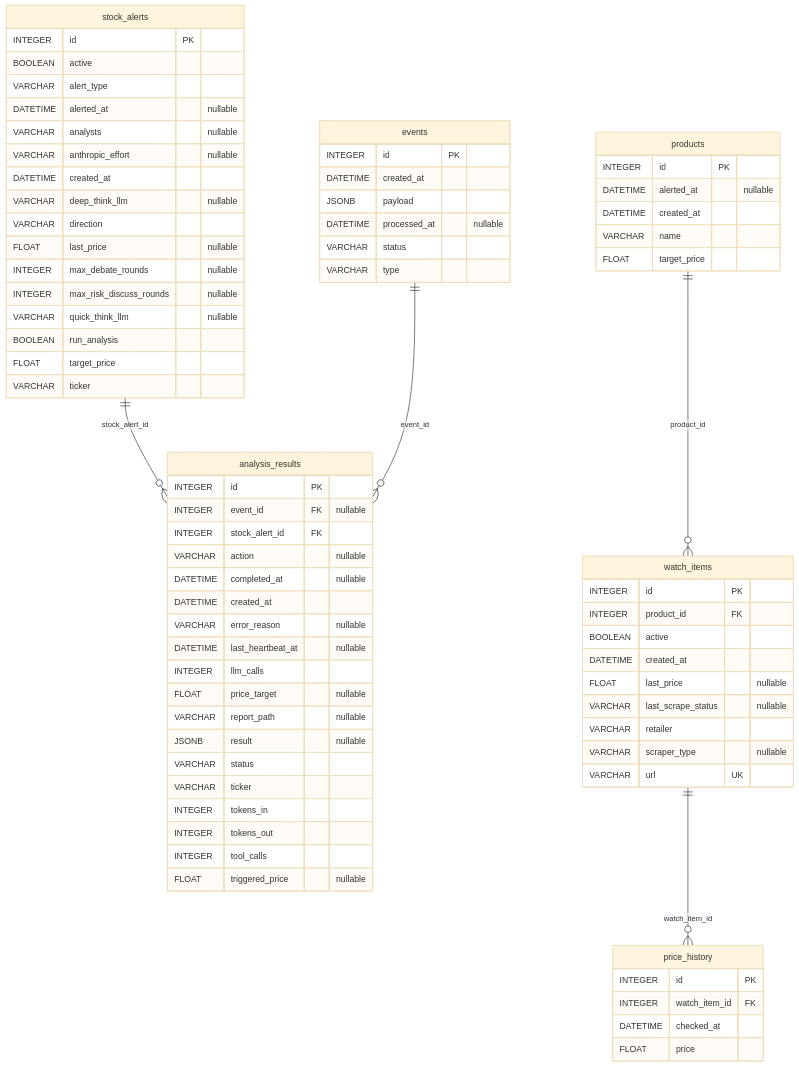
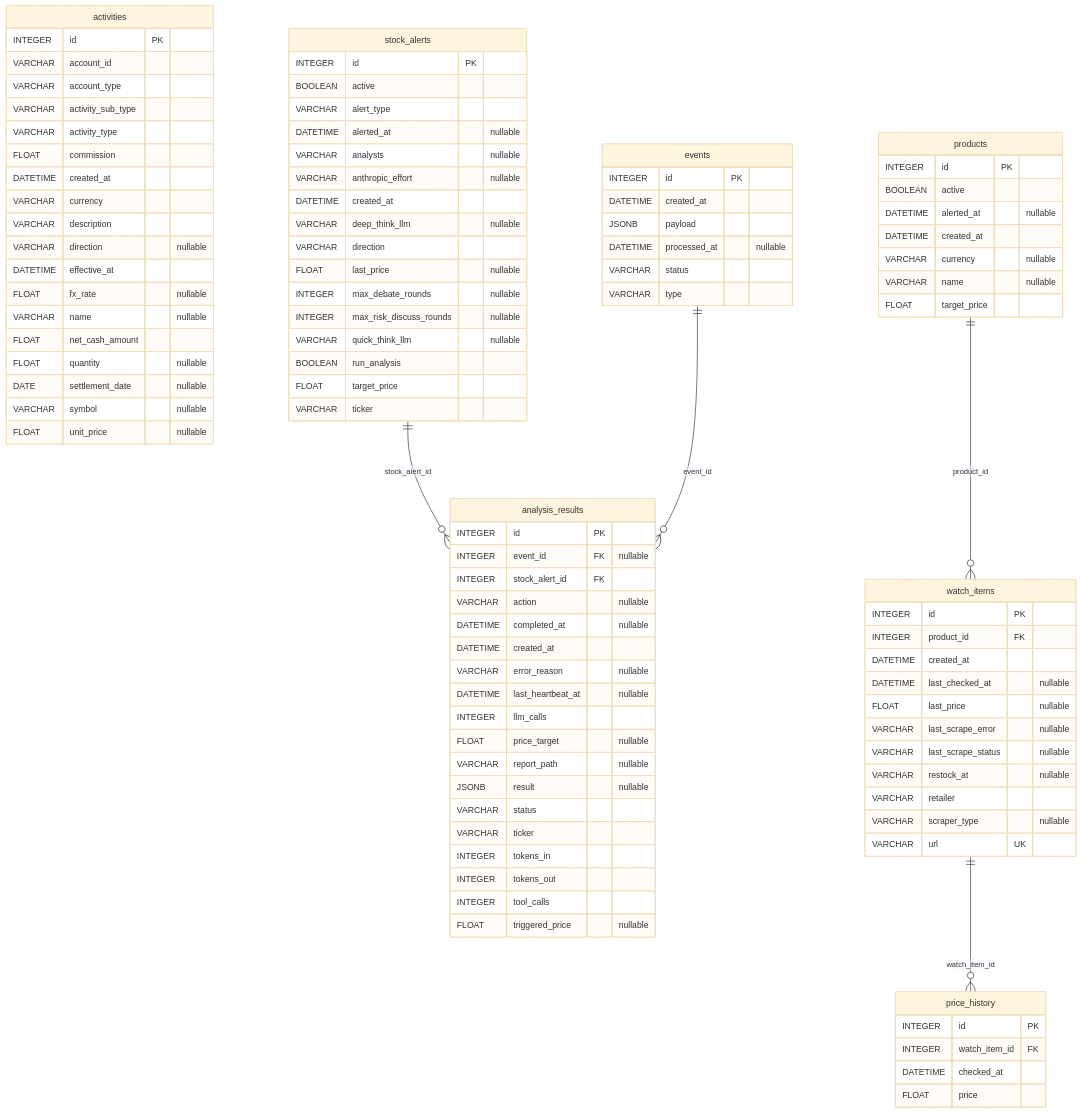
One commit to kiyoundev/youn-server changed the diagram in .doc/database.md. Above: the diagram before and after it, drawn with Mermaid (base theme). The commit also changed other lines of this file and 30 other files, not shown here.

````diff
--- a/.doc/database.md
+++ b/.doc/database.md
@@ -8,5 +8,26 @@
 ```mermaid
 erDiagram
+  activities {
+    INTEGER id PK
+    VARCHAR account_id
+    VARCHAR account_type
+    VARCHAR activity_sub_type
+    VARCHAR activity_type
+    FLOAT commission
+    DATETIME created_at
+    VARCHAR currency
+    VARCHAR description
+    VARCHAR direction "nullable"
+    DATETIME effective_at
+    FLOAT fx_rate "nullable"
+    VARCHAR name "nullable"
+    FLOAT net_cash_amount
+    FLOAT quantity "nullable"
+    DATE settlement_date "nullable"
+    VARCHAR symbol "nullable"
+    FLOAT unit_price "nullable"
+  }
+
   analysis_results {
     INTEGER id PK
     INTEGER event_id FK "nullable"
@@ -46,9 +67,11 @@
 
   products {
     INTEGER id PK
+    BOOLEAN active
     DATETIME alerted_at "nullable"
     DATETIME created_at
-    VARCHAR name
+    VARCHAR currency "nullable"
+    VARCHAR name "nullable"
     FLOAT target_price
   }
 
@@ -74,10 +97,12 @@
   watch_items {
     INTEGER id PK
     INTEGER product_id FK
-    BOOLEAN active
     DATETIME created_at
+    DATETIME last_checked_at "nullable"
     FLOAT last_price "nullable"
+    VARCHAR last_scrape_error "nullable"
     VARCHAR last_scrape_status "nullable"
+    VARCHAR restock_at "nullable"
     VARCHAR retailer
     VARCHAR scraper_type "nullable"
     VARCHAR url UK
````
